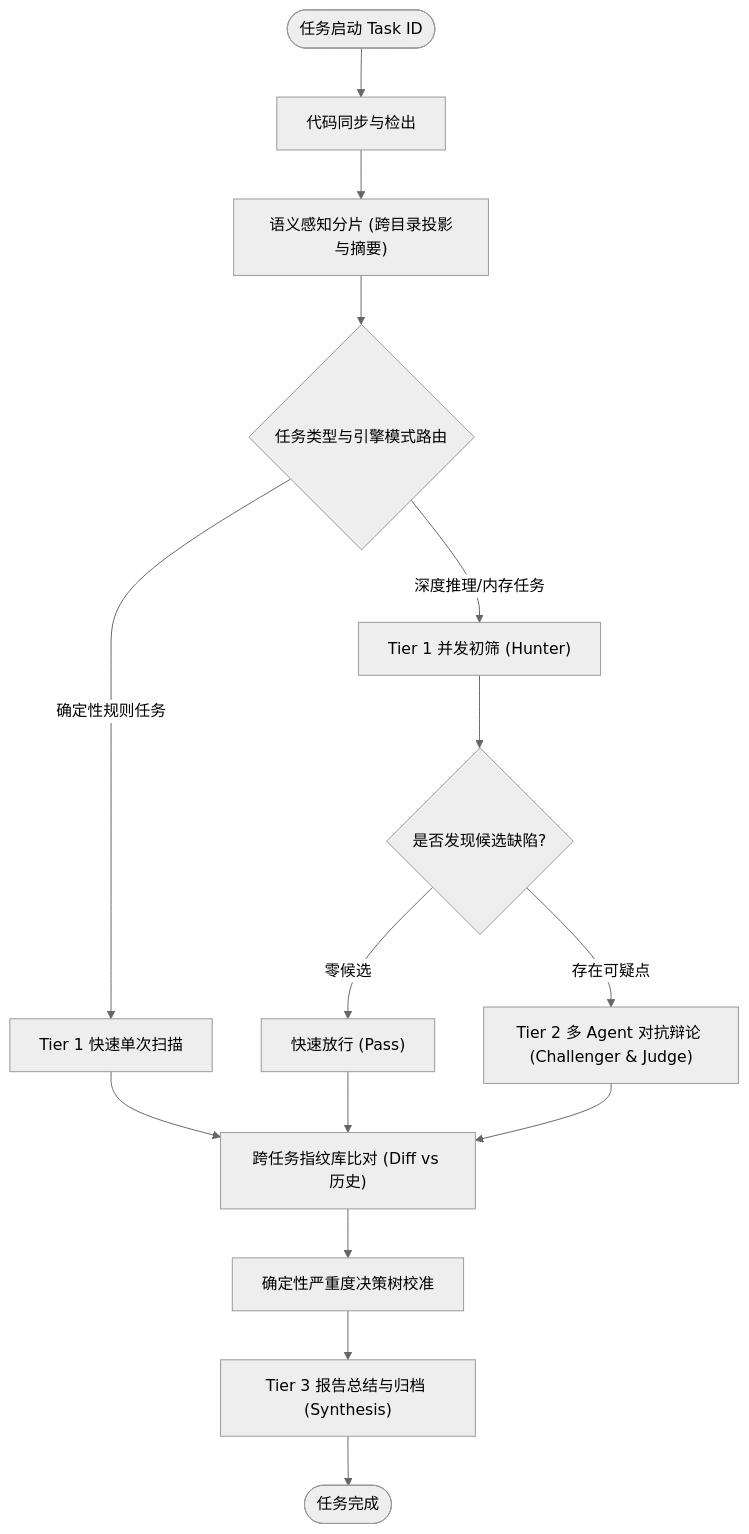
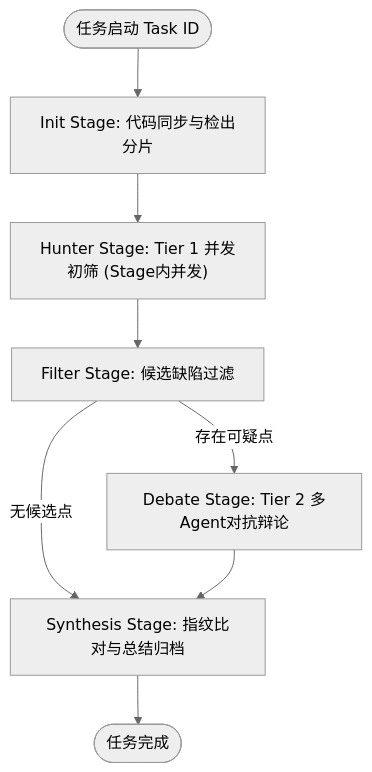
One commit to fugui/code-shield changed the second of 2 diagrams in docs/agentic-scanner-architecture/03-CodeShield-异构模型流水线与DAG调度器设计.md. Above: the diagram before and after it, drawn with Mermaid (neutral theme). The commit also changed other lines of this file and 5 other files, not shown here.

````diff
--- a/docs/agentic-scanner-architecture/03-CodeShield-异构模型流水线与DAG调度器设计.md
+++ b/docs/agentic-scanner-architecture/03-CodeShield-异构模型流水线与DAG调度器设计.md
@@ -48,23 +51,15 @@
 ```mermaid
 flowchart TD
-    Start(["任务启动 Task ID"]) --> Node_Checkout["代码同步与检出"]
-    Node_Checkout --> Node_Chunk["语义感知分片 (跨目录投影与摘要)"]
+    Start(["任务启动 Task ID"]) --> Stage_Init["Init Stage: 代码同步与检出分片"]
     
-    Node_Chunk --> Node_Route{"任务类型与引擎模式路由"}
+    Stage_Init --> Stage_Hunter["Hunter Stage: Tier 1 并发初筛 (Stage内并发)"]
     
-    Node_Route -->|确定性规则任务| Node_FastScan["Tier 1 快速单次扫描"]
-    Node_Route -->|深度推理/内存任务| Node_Tier1_Map["Tier 1 并发初筛 (Hunter)"]
+    Stage_Hunter --> Stage_Filter["Filter Stage: 候选缺陷过滤"]
     
-    Node_Tier1_Map --> Condition_HasCandidates{"是否发现候选缺陷?"}
+    Stage_Filter -->|存在可疑点| Stage_Debate["Debate Stage: Tier 2 多Agent对抗辩论"]
+    Stage_Filter -->|无候选点| Stage_Synthesis
     
-    Condition_HasCandidates -->|零候选| Node_FastPass["快速放行 (Pass)"]
-    Condition_HasCandidates -->|存在可疑点| Node_Debate["Tier 2 多 Agent 对抗辩论 (Challenger & Judge)"]
+    Stage_Debate --> Stage_Synthesis["Synthesis Stage: 指纹比对与总结归档"]
     
-    Node_FastPass --> Node_MemoryDiff
-    Node_FastScan --> Node_MemoryDiff
-    Node_Debate --> Node_MemoryDiff["跨任务指纹库比对 (Diff vs 历史)"]
-    
-    Node_MemoryDiff --> Node_Calibrate["确定性严重度决策树校准"]
-    Node_Calibrate --> Node_Synthesis["Tier 3 报告总结与归档 (Synthesis)"]
-    Node_Synthesis --> EndNode(["任务完成"])
+    Stage_Synthesis --> EndNode(["任务完成"])
 ```
````
